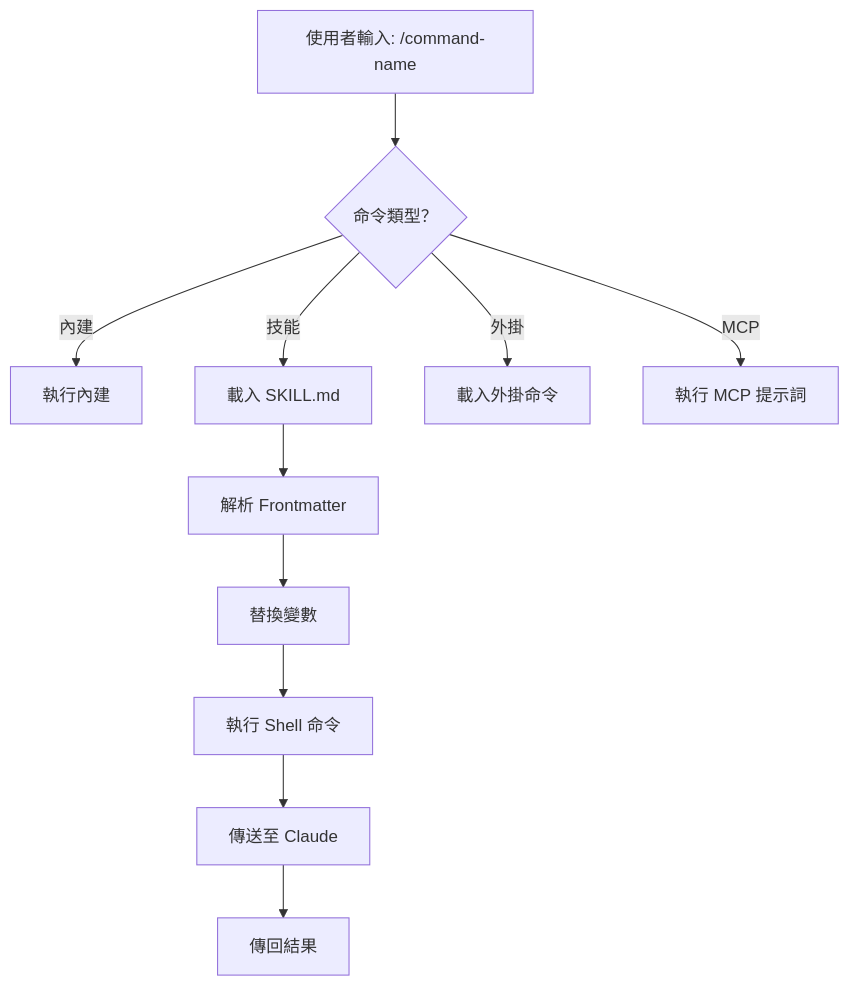
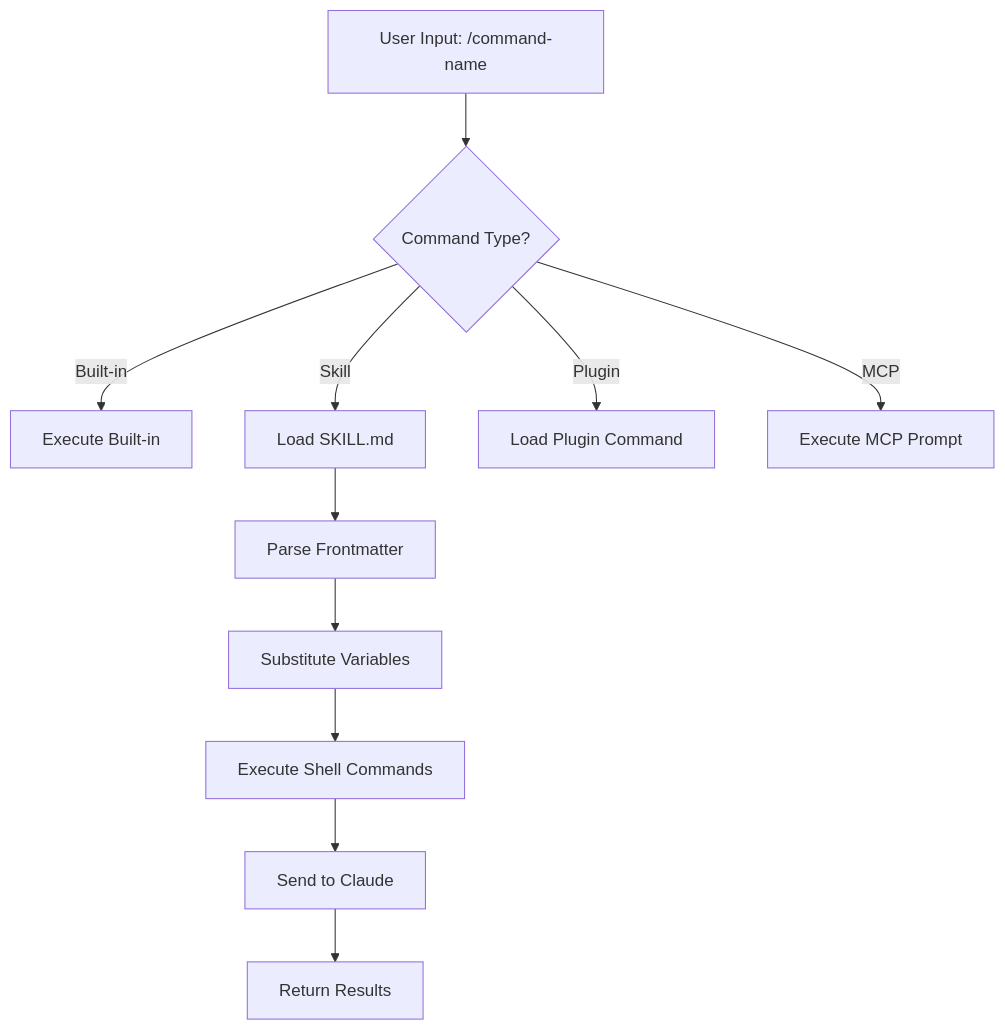
The first of 2 diagrams in 01-slash-commands/README.md (huckly/claude-howto-zh-tw), drawn with Mermaid before and after one commit. The commit also changed other lines of this file, not shown here.

Commit message:
章節 01：Slash Commands — 同步 v2.1.110（TUI、session recap）

````diff
--- a/01-slash-commands/README.md
+++ b/01-slash-commands/README.md
@@ -329,14 +346,14 @@
 ```mermaid
 graph TD
-    A["使用者輸入: /command-name"] --> B{"命令類型？"}
-    B -->|內建| C["執行內建"]
-    B -->|技能| D["載入 SKILL.md"]
-    B -->|外掛| E["載入外掛命令"]
-    B -->|MCP| F["執行 MCP 提示詞"]
+    A["User Input: /command-name"] --> B{"Command Type?"}
+    B -->|Built-in| C["Execute Built-in"]
+    B -->|Skill| D["Load SKILL.md"]
+    B -->|Plugin| E["Load Plugin Command"]
+    B -->|MCP| F["Execute MCP Prompt"]
 
-    D --> G["解析 Frontmatter"]
-    G --> H["替換變數"]
-    H --> I["執行 Shell 命令"]
-    I --> J["傳送至 Claude"]
-    J --> K["傳回結果"]
+    D --> G["Parse Frontmatter"]
+    G --> H["Substitute Variables"]
+    H --> I["Execute Shell Commands"]
+    I --> J["Send to Claude"]
+    J --> K["Return Results"]
 ```
````
